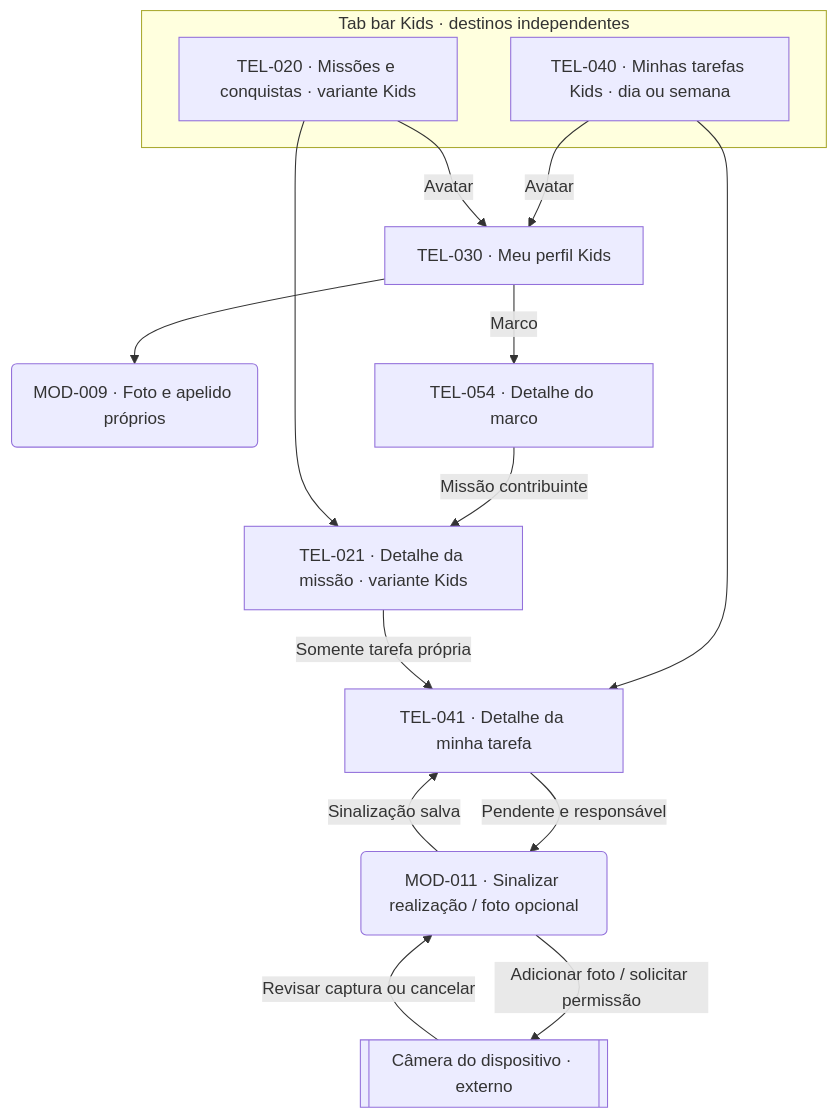
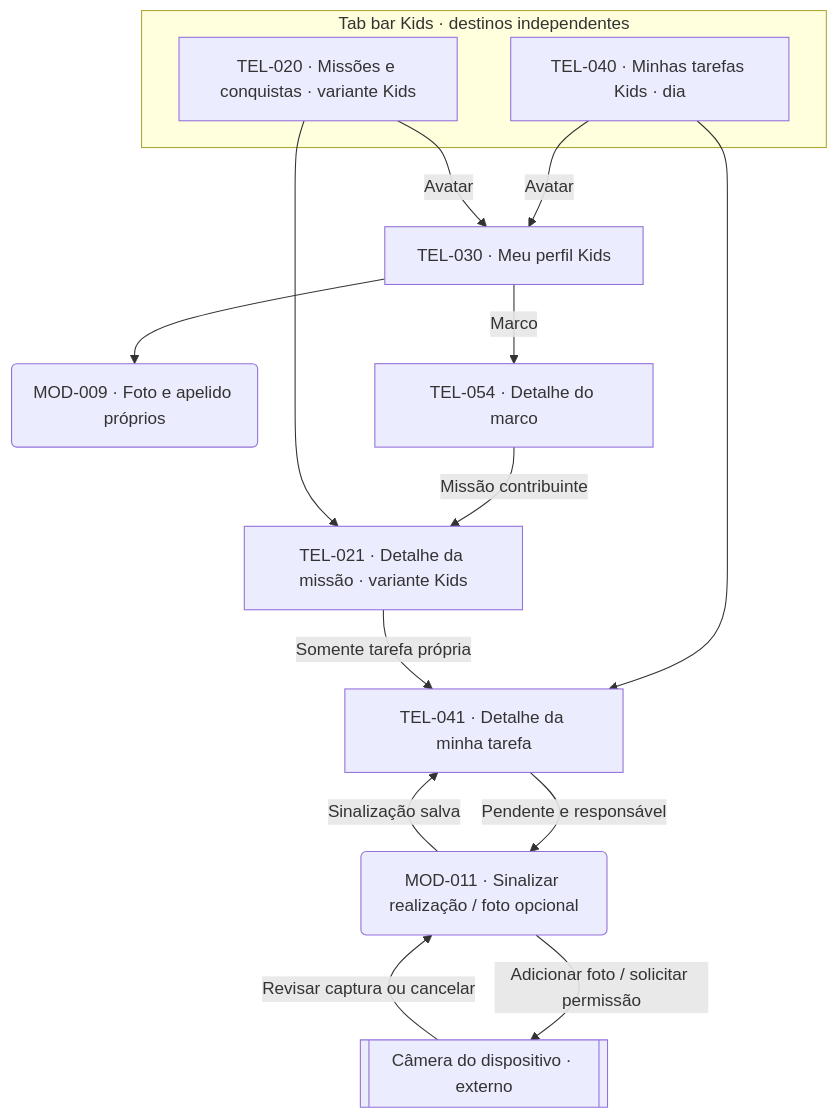
One commit to lizandramalta/App-Rotina-Familiar changed the fifth of 6 diagrams in docs/design/screen-map.md. Above: the diagram before and after it, drawn with Mermaid. The commit also changed other lines of this file and 15 other files, not shown here.

````diff
--- a/docs/design/screen-map.md
+++ b/docs/design/screen-map.md
@@ -179,23 +179,23 @@
 ```mermaid
 flowchart TD
     subgraph Abas["Tab bar Kids · destinos independentes"]
-      T040["TEL-040 · Minhas tarefas Kids · dia ou semana"]
+      T040["TEL-040 · Minhas tarefas Kids · dia"]
       T020["TEL-020 · Missões e conquistas · variante Kids"]
     end
     T041["TEL-041 · Detalhe da minha tarefa"]
     M011("MOD-011 · Sinalizar realização / foto opcional")
     Foto[["Câmera do dispositivo · externo"]]
     T021["TEL-021 · Detalhe da missão · variante Kids"]
     T040 -->|Avatar| T030["TEL-030 · Meu perfil Kids"]
     T020 -->|Avatar| T030
     T030 --> M009("MOD-009 · Foto e apelido próprios")
     T030 -->|Marco| T054["TEL-054 · Detalhe do marco"]
     T054 -->|Missão contribuinte| T021
     T040 --> T041
     T041 -->|Pendente e responsável| M011
     M011 -->|Adicionar foto / solicitar permissão| Foto
     Foto -->|Revisar captura ou cancelar| M011
     M011 -->|Sinalização salva| T041
     T020 --> T021
     T021 -->|Somente tarefa própria| T041
 ```
````
